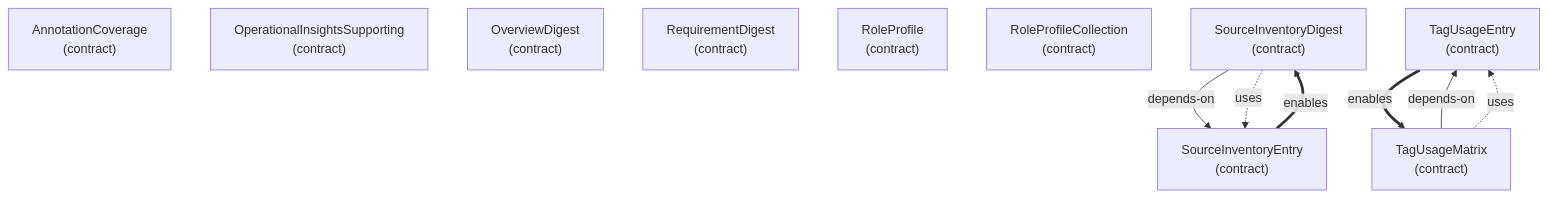
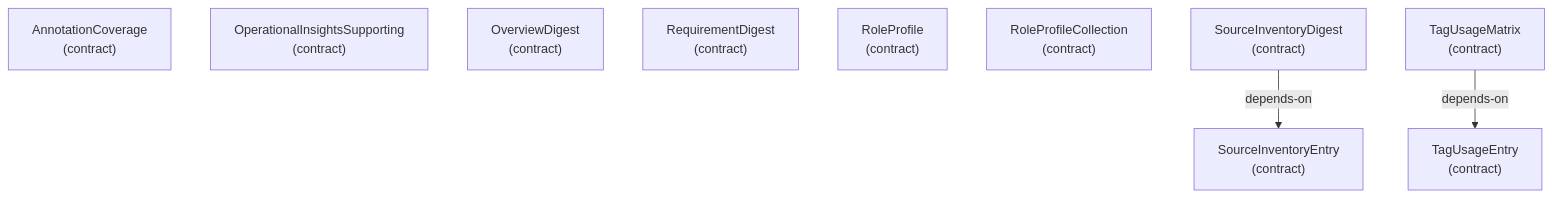
One commit to libar-dev/architect changed diagram 13 of 23 in docs-live/ARCHITECTURE.md. Above: the diagram before and after it, drawn with Mermaid. The commit also changed other lines of this file and 4 other files, not shown here.

First line of the commit message:
WS-3 Session 16 (D-19): forward-only per-group architecture detail diagrams

````diff
--- a/docs-live/ARCHITECTURE.md
+++ b/docs-live/ARCHITECTURE.md
@@ -269,19 +225,15 @@
 ```mermaid
 graph TD
   annotationcoverage["AnnotationCoverage<br/>(contract)"]
   operationalinsightssupporting["OperationalInsightsSupporting<br/>(contract)"]
   overviewdigest["OverviewDigest<br/>(contract)"]
   requirementdigest["RequirementDigest<br/>(contract)"]
   roleprofile["RoleProfile<br/>(contract)"]
   roleprofilecollection["RoleProfileCollection<br/>(contract)"]
   sourceinventorydigest["SourceInventoryDigest<br/>(contract)"]
   sourceinventoryentry["SourceInventoryEntry<br/>(contract)"]
   tagusageentry["TagUsageEntry<br/>(contract)"]
   tagusagematrix["TagUsageMatrix<br/>(contract)"]
   sourceinventorydigest -->|depends-on| sourceinventoryentry
-  sourceinventorydigest -.->|uses| sourceinventoryentry
-  sourceinventoryentry ==>|enables| sourceinventorydigest
-  tagusageentry ==>|enables| tagusagematrix
   tagusagematrix -->|depends-on| tagusageentry
-  tagusagematrix -.->|uses| tagusageentry
 ```
````
